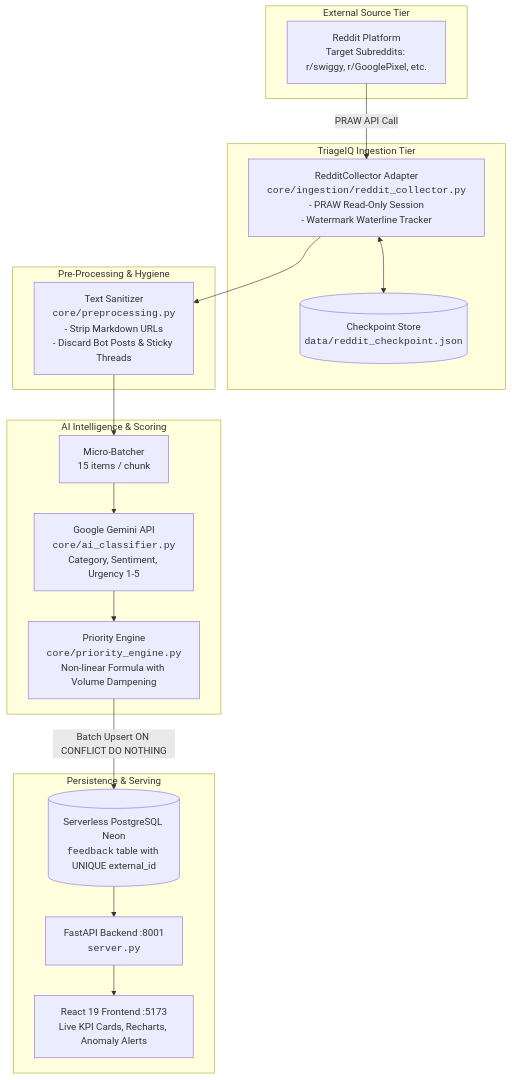
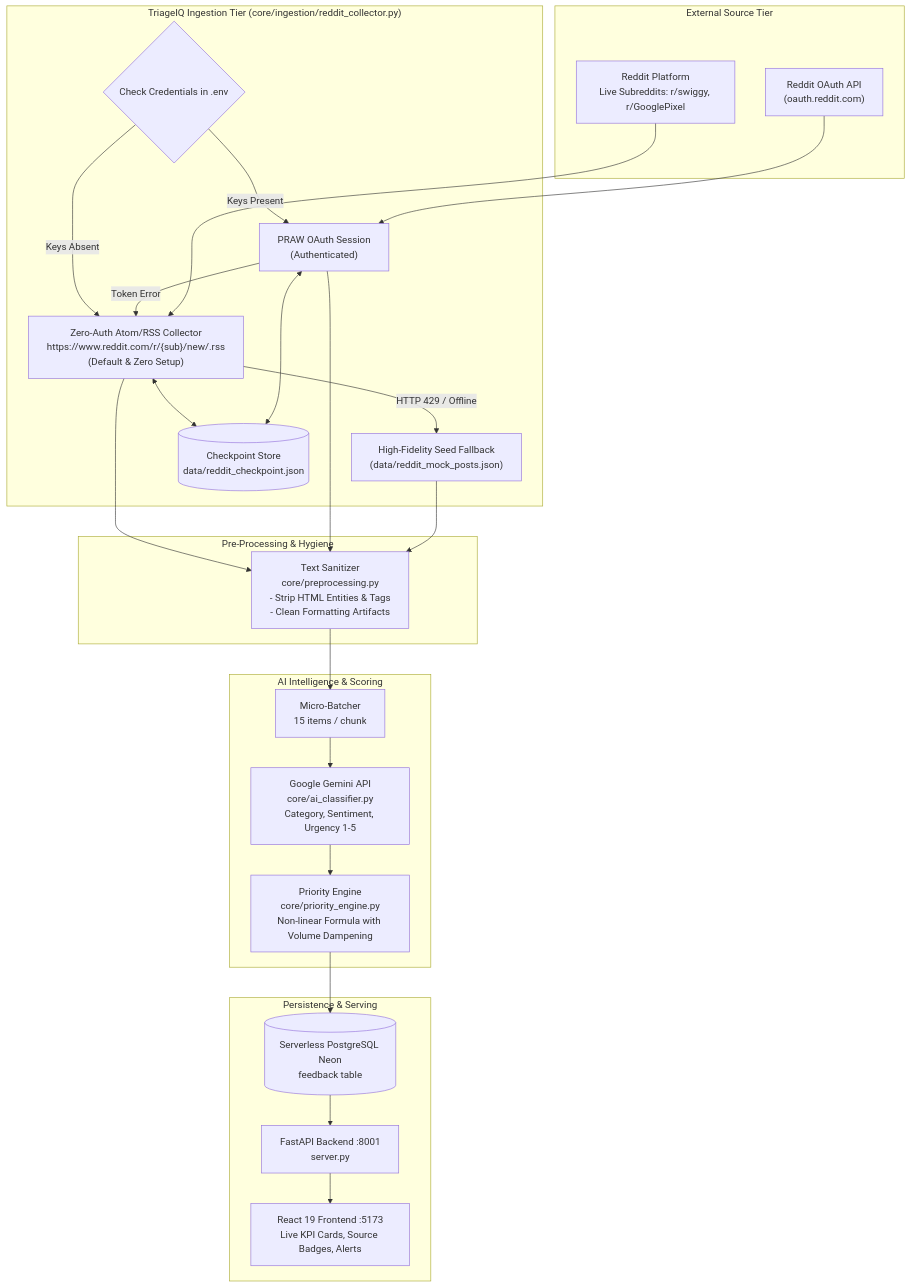
Before and after one commit to avyak-labs/TriageIQ: the first of 2 diagrams in docs/REDDIT_INGESTION_ARCHITECTURE.md, drawn with Mermaid. The commit also changed other lines of this file and 10 other files, not shown here.

Commit message:
feat(ingestion): implement dual-mode Reddit collector, pipeline integration, and test suite

````diff
--- a/docs/REDDIT_INGESTION_ARCHITECTURE.md
+++ b/docs/REDDIT_INGESTION_ARCHITECTURE.md
@@ -24,37 +29,50 @@
 ```mermaid
 flowchart TD
     subgraph "External Source Tier"
-        Reddit[Reddit Platform<br/>Target Subreddits: r/swiggy, r/GooglePixel, etc.]
+        RedditLive["Reddit Platform<br/>Live Subreddits: r/swiggy, r/GooglePixel"]
+        RedditOAuth["Reddit OAuth API<br/>(oauth.reddit.com)"]
     end
 
-    subgraph "TriageIQ Ingestion Tier"
-        RC[RedditCollector Adapter<br/><code>core/ingestion/reddit_collector.py</code><br/>- PRAW Read-Only Session<br/>- Watermark Waterline Tracker]
-        Store[(Checkpoint Store<br/><code>data/reddit_checkpoint.json</code>)]
-        RC <--> Store
+    subgraph "TriageIQ Ingestion Tier (core/ingestion/reddit_collector.py)"
+        Check{"Check Credentials in .env"}
+        PRAW["PRAW OAuth Session<br/>(Authenticated)"]
+        RSS["Zero-Auth Atom/RSS Collector<br/>https://www.reddit.com/r/{sub}/new/.rss<br/>(Default & Zero Setup)"]
+        Seed["High-Fidelity Seed Fallback<br/>(data/reddit_mock_posts.json)"]
+        Store[("Checkpoint Store<br/>data/reddit_checkpoint.json")]
+
+        Check -->|Keys Present| PRAW
+        Check -->|Keys Absent| RSS
+        RSS -->|HTTP 429 / Offline| Seed
+        PRAW -->|Token Error| RSS
     end
 
     subgraph "Pre-Processing & Hygiene"
-        Sanitizer[Text Sanitizer<br/><code>core/preprocessing.py</code><br/>- Strip Markdown URLs<br/>- Discard Bot Posts & Sticky Threads]
+        Sanitizer["Text Sanitizer<br/>core/preprocessing.py<br/>- Strip HTML Entities & Tags<br/>- Clean Formatting Artifacts"]
     end
 
     subgraph "AI Intelligence & Scoring"
-        Batcher[Micro-Batcher<br/>15 items / chunk]
-        Gemini[Google Gemini API<br/><code>core/ai_classifier.py</code><br/>Category, Sentiment, Urgency 1-5]
-        Prio[Priority Engine<br/><code>core/priority_engine.py</code><br/>Non-linear Formula with Volume Dampening]
+        Batcher["Micro-Batcher<br/>15 items / chunk"]
+        Gemini["Google Gemini API<br/>core/ai_classifier.py<br/>Category, Sentiment, Urgency 1-5"]
+        Prio["Priority Engine<br/>core/priority_engine.py<br/>Non-linear Formula with Volume Dampening"]
     end
 
     subgraph "Persistence & Serving"
-        DB[(Serverless PostgreSQL Neon<br/><code>feedback</code> table with UNIQUE external_id)]
-        API[FastAPI Backend :8001<br/><code>server.py</code>]
-        UI[React 19 Frontend :5173<br/>Live KPI Cards, Recharts, Anomaly Alerts]
+        DB[("Serverless PostgreSQL Neon<br/>feedback table")]
+        API["FastAPI Backend :8001<br/>server.py"]
+        UI["React 19 Frontend :5173<br/>Live KPI Cards, Source Badges, Alerts"]
     end
 
-    Reddit -->|PRAW API Call| RC
-    RC --> Sanitizer
+    RedditLive --> RSS
+    RedditOAuth --> PRAW
+    RSS <--> Store
+    PRAW <--> Store
+    RSS --> Sanitizer
+    PRAW --> Sanitizer
+    Seed --> Sanitizer
     Sanitizer --> Batcher
     Batcher --> Gemini
     Gemini --> Prio
-    Prio -->|Batch Upsert ON CONFLICT DO NOTHING| DB
+    Prio --> DB
     DB --> API
     API --> UI
 ```
````
